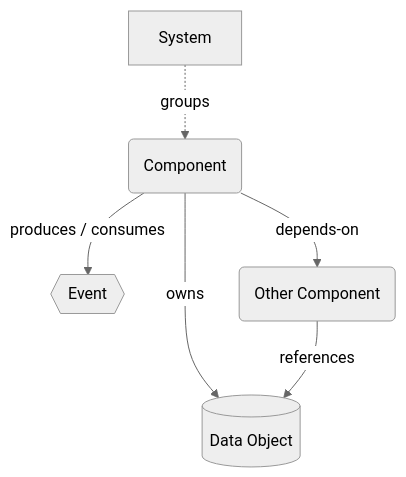
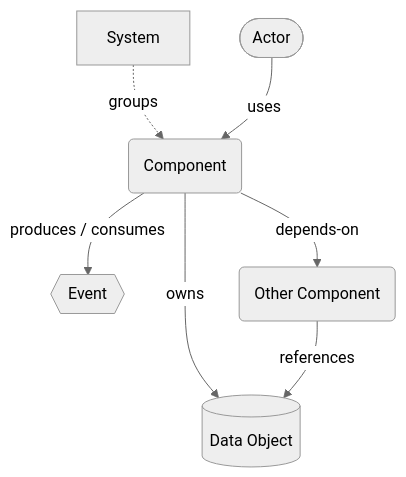
The first of 8 diagrams in contour.md (mykhailo-kulish/contour), drawn with Mermaid (neutral theme) before and after one commit. The commit also changed other lines of this file, not shown here.

````diff
--- a/contour.md
+++ b/contour.md
@@ -262,8 +261,9 @@
 ```mermaid
 graph TD
     Y[System] -.->|groups| Sys(Component)
+    A([Actor]) -->|uses| Sys
     Sys -->|produces / consumes| E{{Event}}
     Sys -->|owns| D[(Data Object)]
     Other(Other Component) -->|references| D
     Sys -->|depends-on| Other
 ```
````
